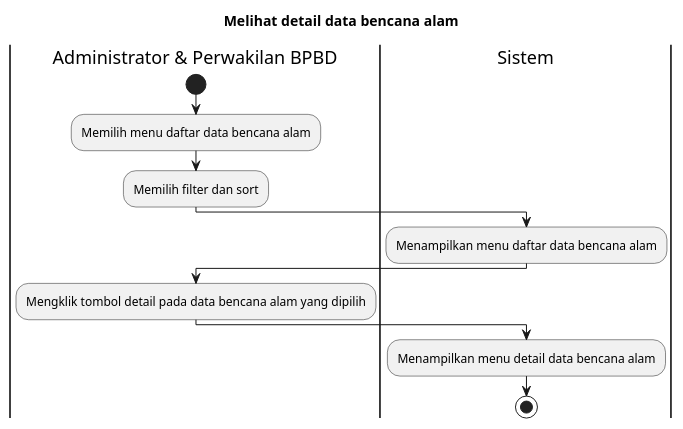
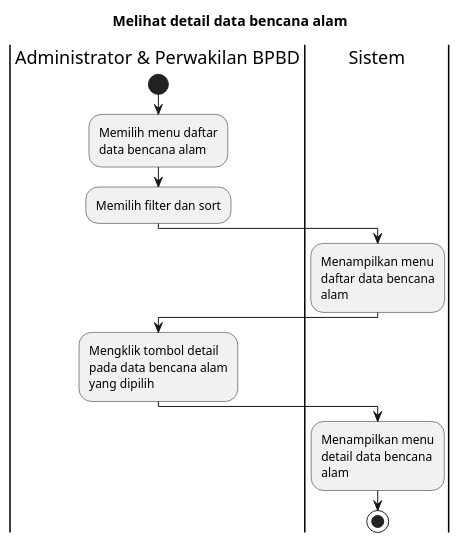
The diagram in Activity Diagrams/UC-MGDISASTER - Manajemen Data Bencana/UC-MGDISASTER-006 - Melihat detail data bencana alam.puml (bagusNA/appl-diagrams), drawn with PlantUML before and after one commit. The commit also changed 55 other files, not shown here.

```diff
--- a/Activity Diagrams/UC-MGDISASTER - Manajemen Data Bencana/UC-MGDISASTER-006 - Melihat detail data bencana alam.puml
+++ b/Activity Diagrams/UC-MGDISASTER - Manajemen Data Bencana/UC-MGDISASTER-006 - Melihat detail data bencana alam.puml
@@ -1,20 +1,22 @@
 @startuml UC-MGDISASTER-006 - Melihat detail data bencana alam
+skinparam wrapWidth 140
+
 title Melihat detail data bencana alam
 
 |Administrator & Perwakilan BPBD|
 start
 :Memilih menu daftar data bencana alam;
 :Memilih filter dan sort;
 
 |Sistem|
 :Menampilkan menu daftar data bencana alam;
 
 |Administrator & Perwakilan BPBD|
 :Mengklik tombol detail pada data bencana alam yang dipilih;
 
 |Sistem|
 :Menampilkan menu detail data bencana alam;
 
 stop
 
 @enduml
```
